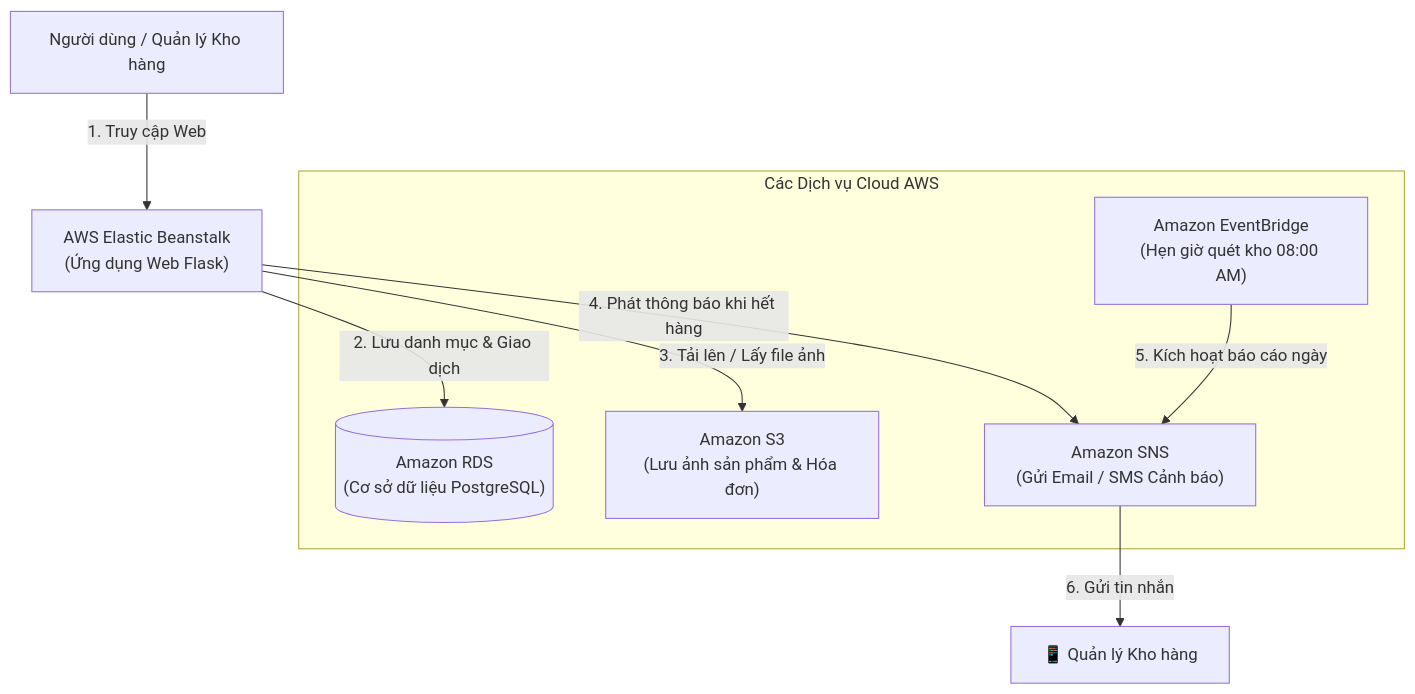
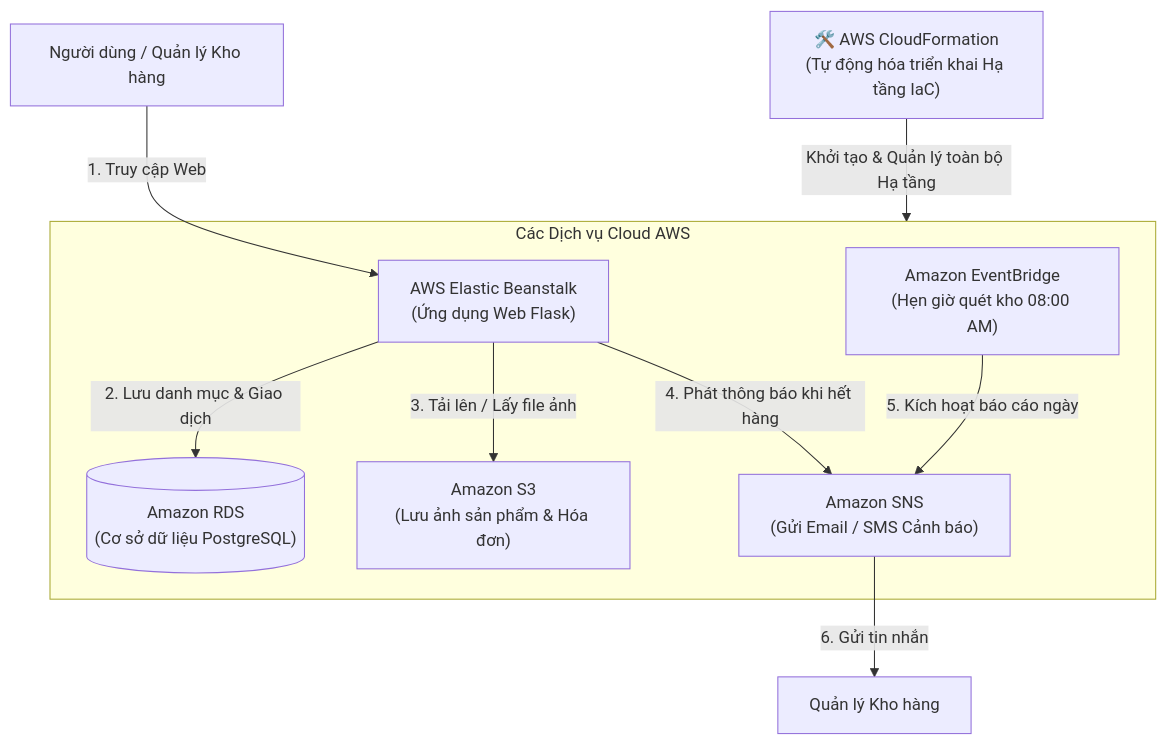
Before and after one commit to qilskcter/inventory-app: the diagram in documents/week1.md, drawn with Mermaid. The commit also changed other lines of this file, not shown here.

````diff
--- a/documents/week1.md
+++ b/documents/week1.md
@@ -90,17 +95,20 @@
 ```mermaid
 flowchart TD
+    CFN["🛠️ AWS CloudFormation\n(Tự động hóa triển khai Hạ tầng IaC)"] -->|Khởi tạo & Quản lý toàn bộ Hạ tầng| Core_Services
+
     User["Người dùng / Quản lý Kho hàng"] -->|1. Truy cập Web| EB["AWS Elastic Beanstalk\n(Ứng dụng Web Flask)"]
 
     subgraph Core_Services["Các Dịch vụ Cloud AWS"]
+        EB
         RDS[("Amazon RDS\n(Cơ sở dữ liệu PostgreSQL)")]
         S3["Amazon S3\n(Lưu ảnh sản phẩm & Hóa đơn)"]
         SNS["Amazon SNS\n(Gửi Email / SMS Cảnh báo)"]
         EventBridge["Amazon EventBridge\n(Hẹn giờ quét kho 08:00 AM)"]
     end
 
     EB -->|2. Lưu danh mục & Giao dịch| RDS
     EB -->|3. Tải lên / Lấy file ảnh| S3
     EB -->|4. Phát thông báo khi hết hàng| SNS
     EventBridge -->|5. Kích hoạt báo cáo ngày| SNS
-    SNS -->|6. Gửi tin nhắn| Admin["📱 Quản lý Kho hàng"]
+    SNS -->|6. Gửi tin nhắn| Admin["Quản lý Kho hàng"]
 ```
````
